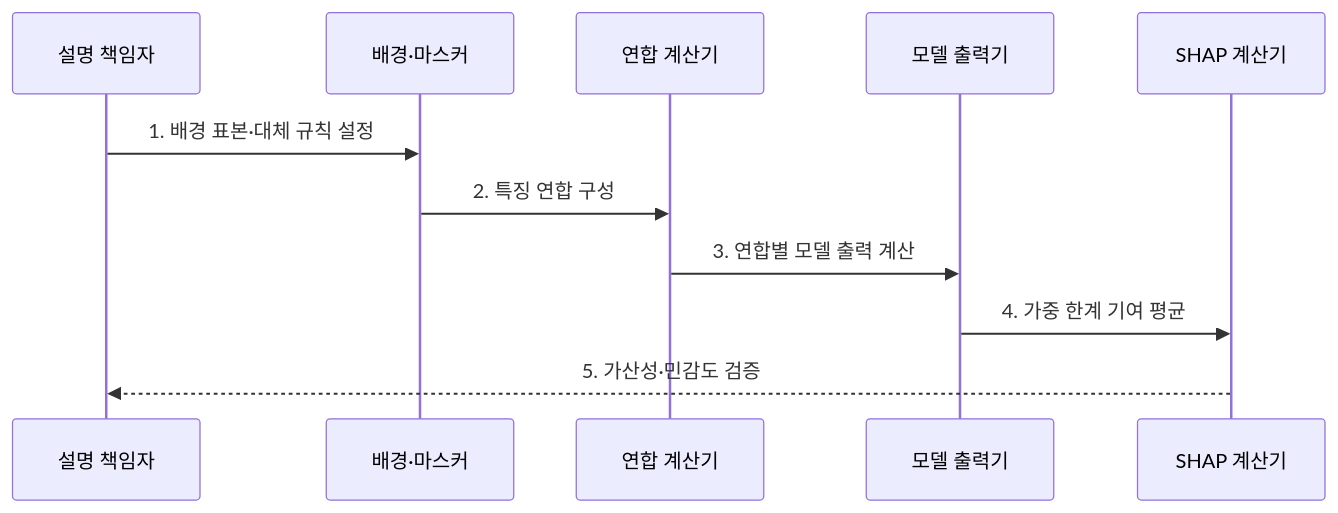
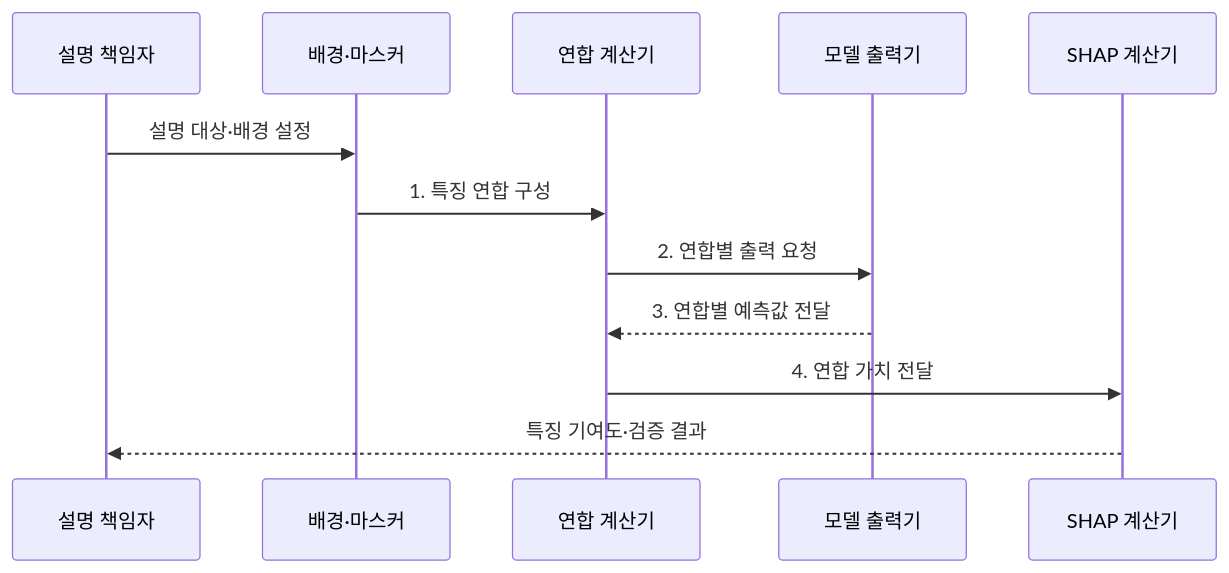
Before and after one commit to agnusdei1207/knowledge-base: the second of 2 diagrams in src/content/docs/notes/08-latest-tech/106_shap.md, drawn with Mermaid. The commit also changed other lines of this file and 225 other files, not shown here.

````diff
--- a/src/content/docs/notes/08-latest-tech/106_shap.md
+++ b/src/content/docs/notes/08-latest-tech/106_shap.md
@@ -83,13 +83,14 @@
 ```mermaid
 sequenceDiagram
     participant O as 설명 책임자
     participant B as 배경·마스커
     participant C as 연합 계산기
     participant M as 모델 출력기
     participant S as SHAP 계산기
-    O->>B: 1. 배경 표본·대체 규칙 설정
-    B->>C: 2. 특징 연합 구성
-    C->>M: 3. 연합별 모델 출력 계산
-    M->>S: 4. 가중 한계 기여 평균
-    S-->>O: 5. 가산성·민감도 검증
+    O->>B: 설명 대상·배경 설정
+    B->>C: 1. 특징 연합 구성
+    C->>M: 2. 연합별 출력 요청
+    M-->>C: 3. 연합별 예측값 전달
+    C->>S: 4. 연합 가치 전달
+    S-->>O: 특징 기여도·검증 결과
 ```
````
